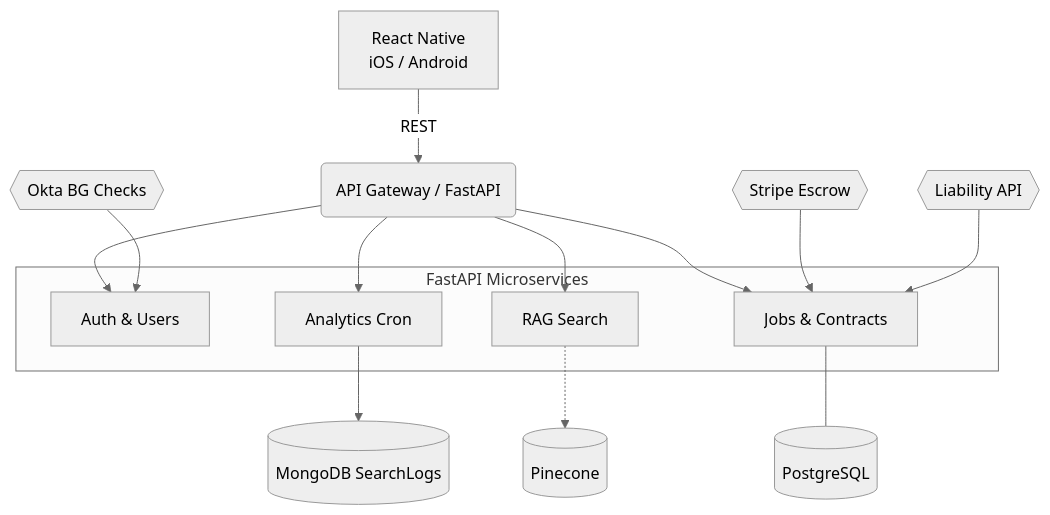
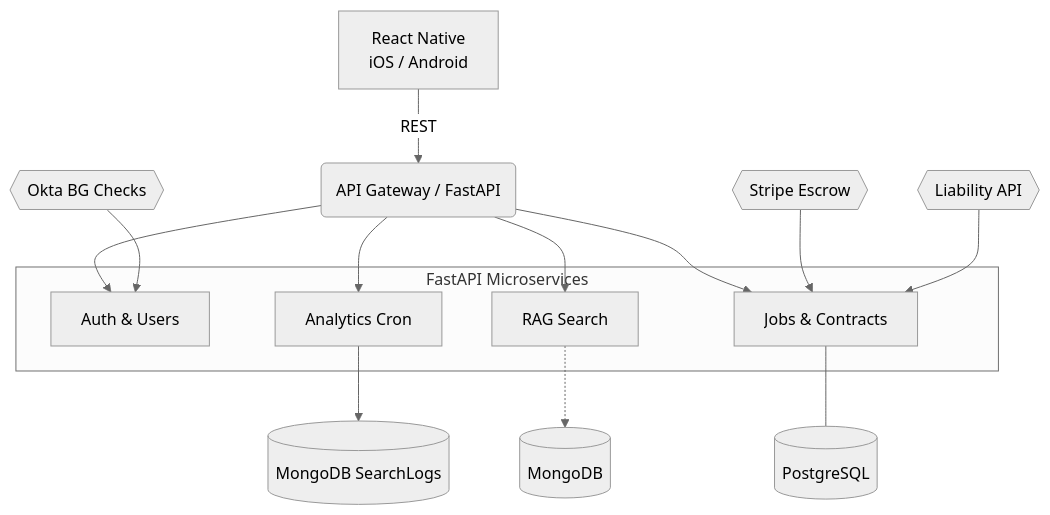
Before and after one commit to itsnothuy/Kontask: the diagram in README.md, drawn with Mermaid (neutral theme). The commit also changed other lines of this file, not shown here.

````diff
--- a/README.md
+++ b/README.md
@@ -62,21 +62,21 @@
 ```mermaid
 graph TD
     A[React Native<br/>iOS / Android] -->|REST| B(API Gateway / FastAPI)
     subgraph FastAPI Microservices
         B1[Auth & Users]
         B2[Jobs & Contracts]
         B3[RAG Search]
         B4[Analytics Cron]
     end
     B --> B1
     B --> B2
     B --> B3
     B --> B4
     B2 --- C1[(PostgreSQL)]
-    B3 -.-> C2[(Pinecone)]
+    B3 -.-> C2[(MongoDB)]
     B4 --> C3[(MongoDB SearchLogs)]
     Stripe{{Stripe Escrow}} --> B2
     Okta{{Okta BG Checks}} --> B1
     Allstate{{Liability API}} --> B2
 
 ```
````
